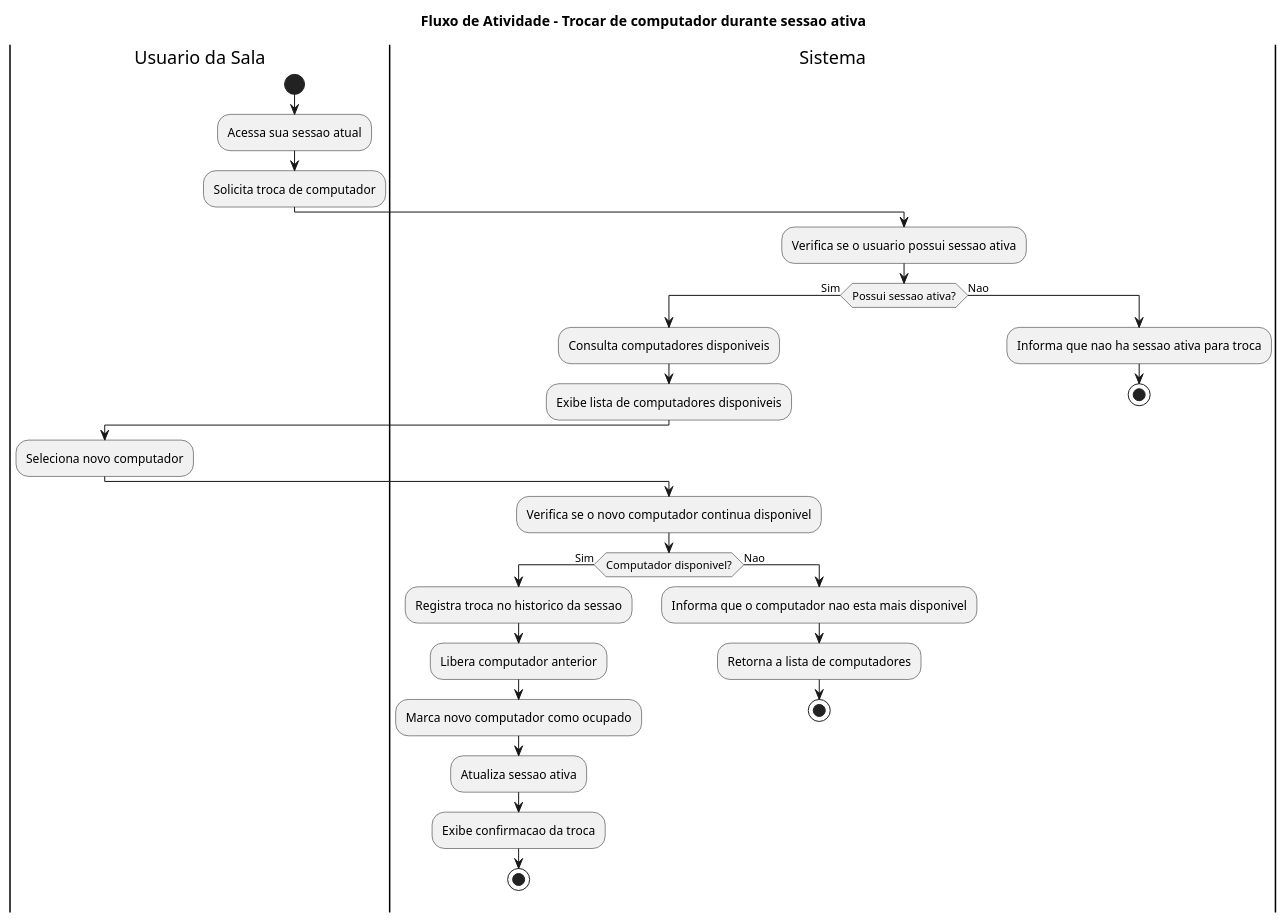
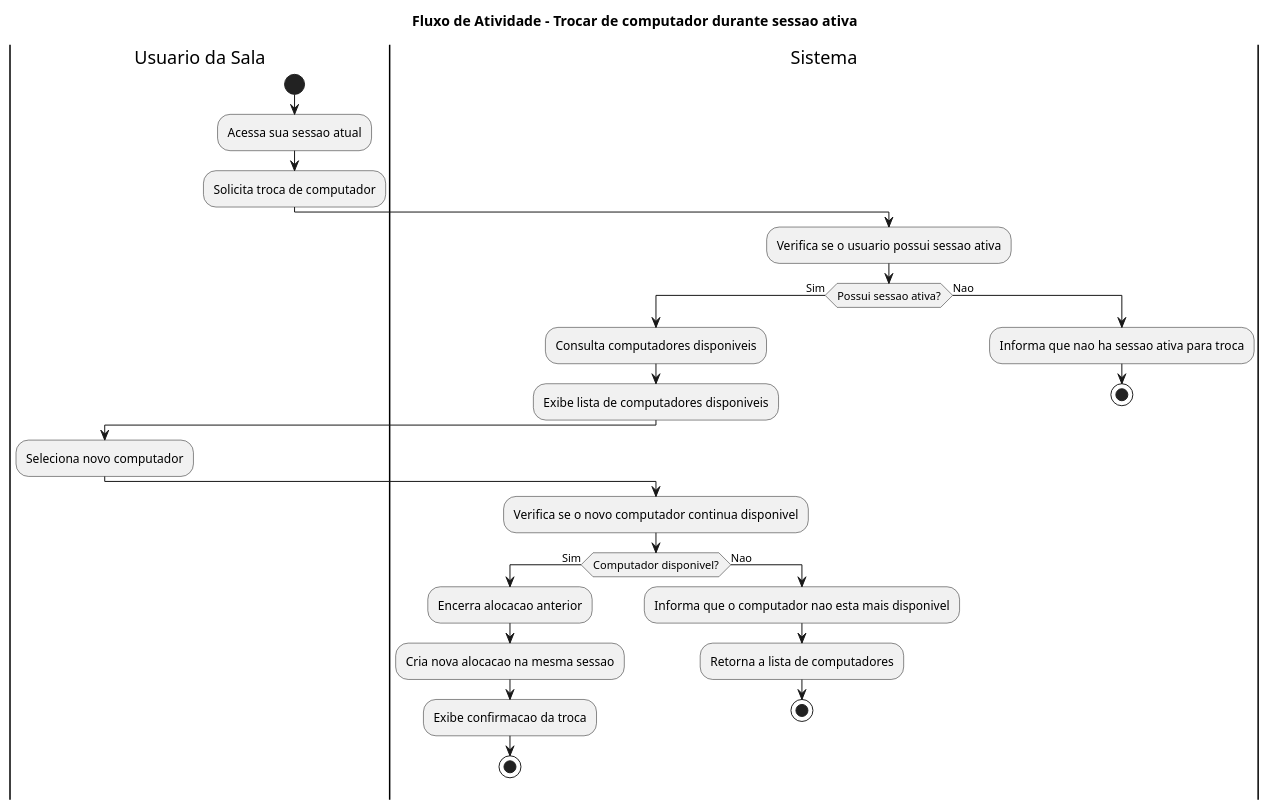
One commit to MarcosVini753/estagio changed the diagram in docs/diagrams/atividades/04-usuario-trocar-computador.puml. Above: the diagram before and after it, drawn with PlantUML. The commit also changed 15 other files, not shown here.

```diff
--- a/docs/diagrams/atividades/04-usuario-trocar-computador.puml
+++ b/docs/diagrams/atividades/04-usuario-trocar-computador.puml
@@ -1,40 +1,38 @@
 @startuml
 title Fluxo de Atividade - Trocar de computador durante sessao ativa
 
 |Usuario da Sala|
 start
 :Acessa sua sessao atual;
 :Solicita troca de computador;
 
 |Sistema|
 :Verifica se o usuario possui sessao ativa;
 
 if (Possui sessao ativa?) then (Sim)
   :Consulta computadores disponiveis;
   :Exibe lista de computadores disponiveis;
 
   |Usuario da Sala|
   :Seleciona novo computador;
 
   |Sistema|
   :Verifica se o novo computador continua disponivel;
 
   if (Computador disponivel?) then (Sim)
-    :Registra troca no historico da sessao;
-    :Libera computador anterior;
-    :Marca novo computador como ocupado;
-    :Atualiza sessao ativa;
+    :Encerra alocacao anterior;
+    :Cria nova alocacao na mesma sessao;
     :Exibe confirmacao da troca;
     stop
   else (Nao)
     :Informa que o computador nao esta mais disponivel;
     :Retorna a lista de computadores;
     stop
   endif
 
 else (Nao)
   :Informa que nao ha sessao ativa para troca;
   stop
 endif
 
 @enduml
```
